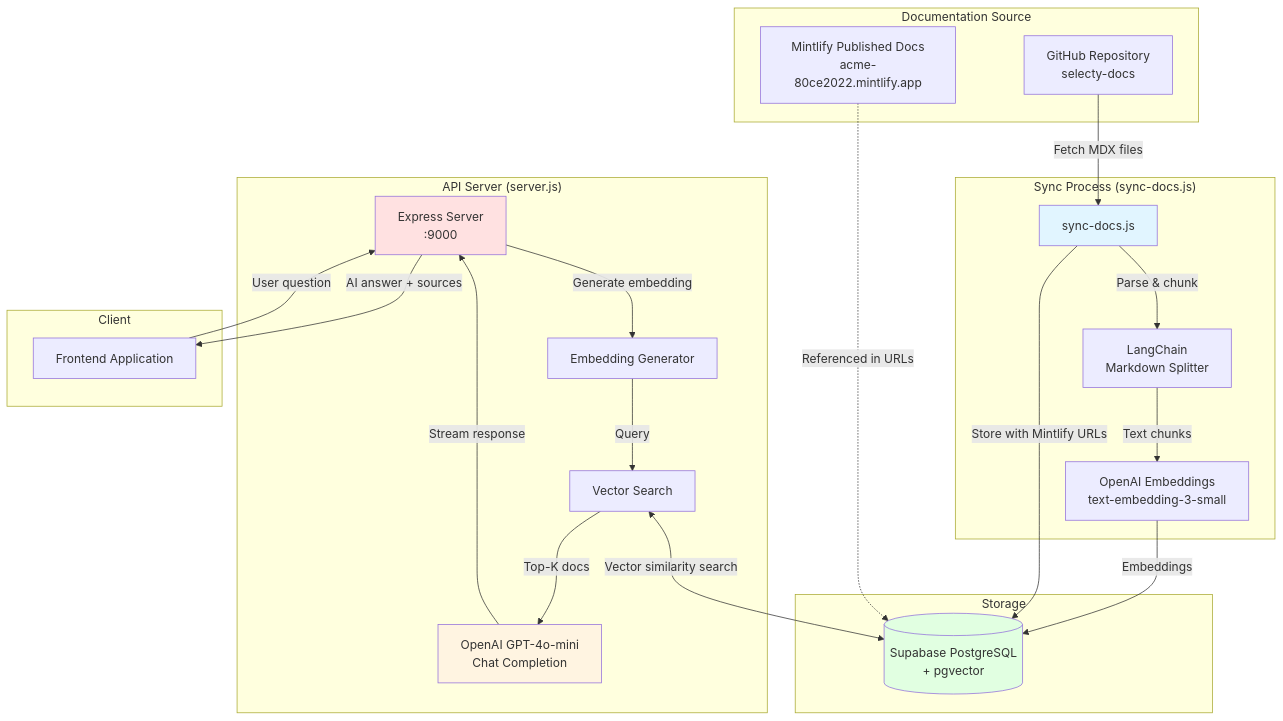
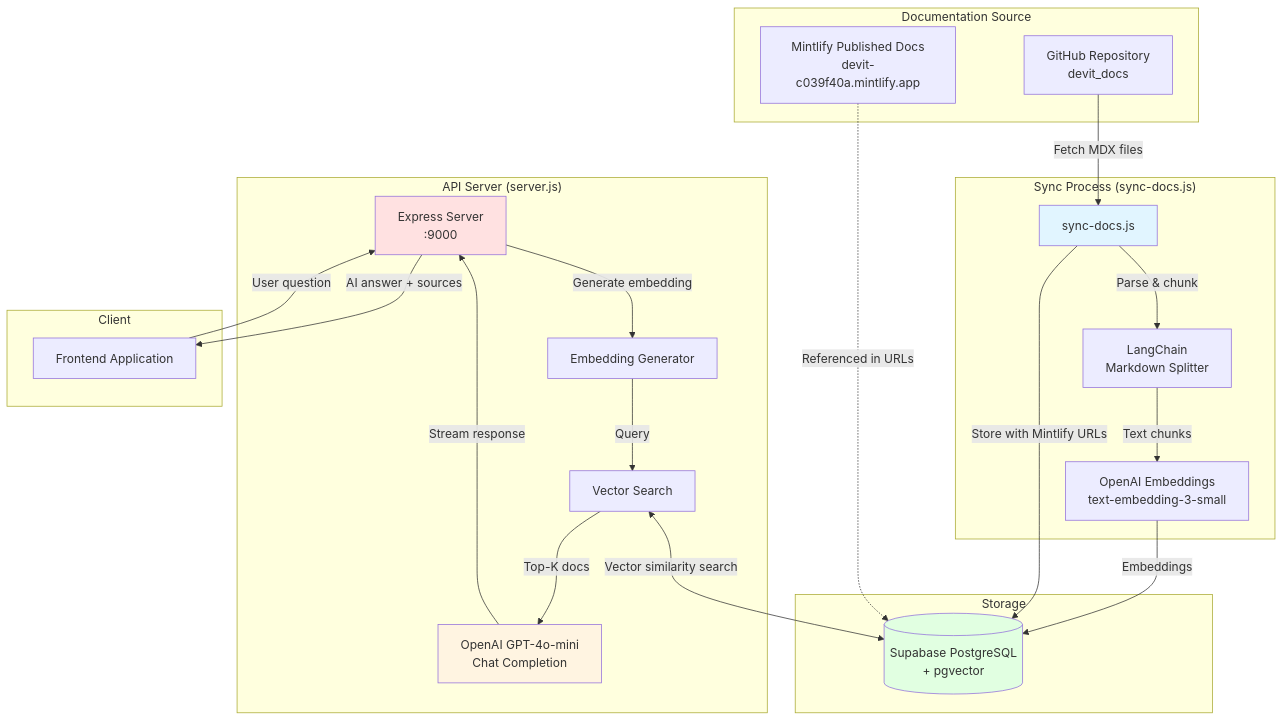
Before and after one commit to Alexbkjs/devit_docs: the first of 3 diagrams in backend/PROJECT_OVERVIEW.md, drawn with Mermaid. The commit also changed other lines of this file and 16 other files, not shown here.

````diff
--- a/backend/PROJECT_OVERVIEW.md
+++ b/backend/PROJECT_OVERVIEW.md
@@ -21,49 +21,49 @@
 ```mermaid
 graph TB
     subgraph "Documentation Source"
-        GH[GitHub Repository<br/>selecty-docs]
-        MI[Mintlify Published Docs<br/>acme-80ce2022.mintlify.app]
+        GH[GitHub Repository<br/>devit_docs]
+        MI[Mintlify Published Docs<br/>devit-c039f40a.mintlify.app]
     end
 
     subgraph "Sync Process (sync-docs.js)"
         SD[sync-docs.js]
         LC[LangChain<br/>Markdown Splitter]
         OAI_EMB[OpenAI Embeddings<br/>text-embedding-3-small]
     end
 
     subgraph "Storage"
         SB[(Supabase PostgreSQL<br/>+ pgvector)]
     end
 
     subgraph "API Server (server.js)"
         API[Express Server<br/>:9000]
         EMB[Embedding Generator]
         VS[Vector Search]
         LLM[OpenAI GPT-4o-mini<br/>Chat Completion]
     end
 
     subgraph "Client"
         FE[Frontend Application]
     end
 
     GH -->|Fetch MDX files| SD
     SD -->|Parse & chunk| LC
     LC -->|Text chunks| OAI_EMB
     OAI_EMB -->|Embeddings| SB
     SD -->|Store with Mintlify URLs| SB
 
     FE -->|User question| API
     API -->|Generate embedding| EMB
     EMB -->|Query| VS
     VS <-->|Vector similarity search| SB
     VS -->|Top-K docs| LLM
     LLM -->|Stream response| API
     API -->|AI answer + sources| FE
 
     MI -.->|Referenced in URLs| SB
 
     style SD fill:#e1f5ff
     style API fill:#ffe1e1
     style SB fill:#e1ffe1
     style LLM fill:#fff4e1
 ```
````
